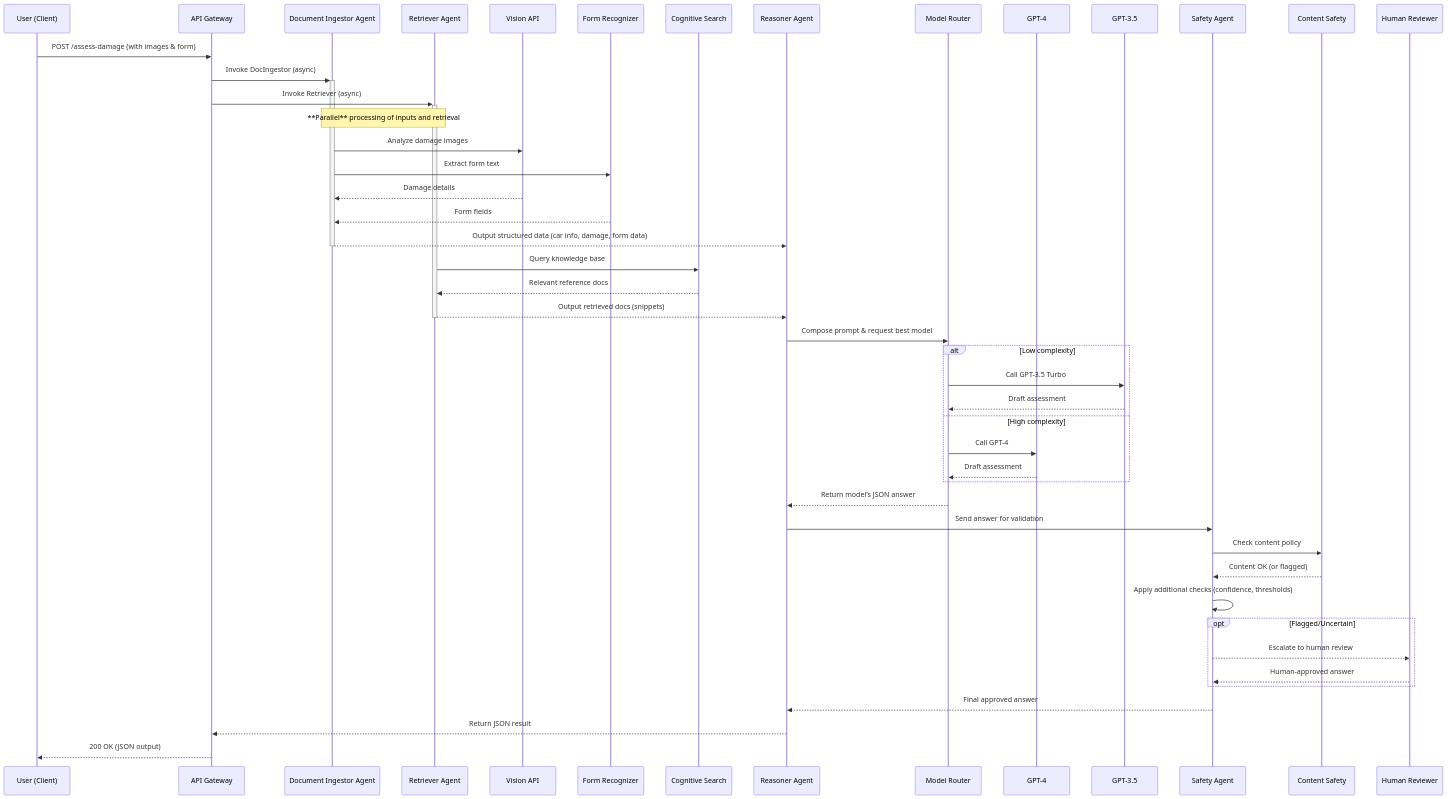
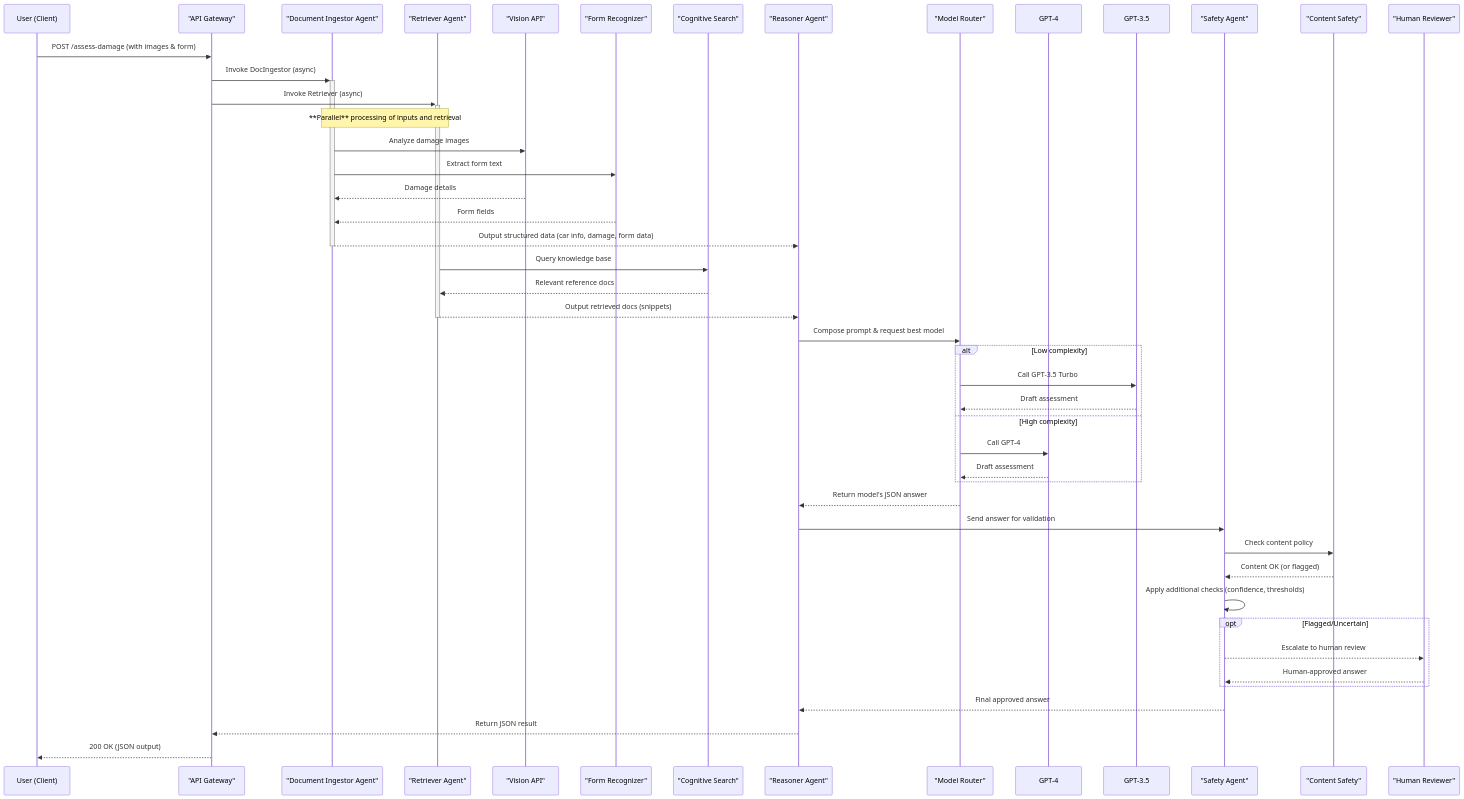
The tenth of 20 diagrams in options.md (karthik1609/car_insurance_claims_ai_agent), drawn with Mermaid before and after one commit. The commit also changed other lines of this file, not shown here.

````diff
--- a/options.md
+++ b/options.md
@@ -513,50 +513,50 @@
 ```mermaid
 sequenceDiagram
     participant User as User (Client)
-    participant APIM as API Gateway
-    participant DocAg as Document Ingestor Agent
-    participant RetrAg as Retriever Agent
-    participant Vis as Vision API
-    participant OCR as Form Recognizer
-    participant Search as Cognitive Search
-    participant Reasoner as Reasoner Agent
-    participant Router as Model Router
+    participant APIM as "API Gateway"
+    participant DocAg as "Document Ingestor Agent"
+    participant RetrAg as "Retriever Agent"
+    participant Vis as "Vision API"
+    participant OCR as "Form Recognizer"
+    participant Search as "Cognitive Search"
+    participant Reasoner as "Reasoner Agent"
+    participant Router as "Model Router"
     participant G4 as GPT-4
     participant G35 as GPT-3.5
-    participant SafetyAg as Safety Agent
-    participant CS as Content Safety
-    participant Human as Human Reviewer
+    participant SafetyAg as "Safety Agent"
+    participant CS as "Content Safety"
+    participant Human as "Human Reviewer"
 
     User->>APIM: POST /assess-damage (with images & form)
     APIM->>+DocAg: Invoke DocIngestor (async)
     APIM->>+RetrAg: Invoke Retriever (async)
     Note over DocAg,RetrAg: **Parallel** processing of inputs and retrieval
     DocAg->>Vis: Analyze damage images
     DocAg->>OCR: Extract form text
     Vis-->>DocAg: Damage details
     OCR-->>DocAg: Form fields
     DocAg-->>-Reasoner: Output structured data (car info, damage, form data)
     RetrAg->>Search: Query knowledge base
     Search-->>RetrAg: Relevant reference docs
     RetrAg-->>-Reasoner: Output retrieved docs (snippets)
     Reasoner->>Router: Compose prompt & request best model
     alt Low complexity
         Router->>G35: Call GPT-3.5 Turbo
         G35-->>Router: Draft assessment
     else High complexity
         Router->>G4: Call GPT-4
         G4-->>Router: Draft assessment
     end
     Router-->>Reasoner: Return model's JSON answer
     Reasoner->>SafetyAg: Send answer for validation
     SafetyAg->>CS: Check content policy
     CS-->>SafetyAg: Content OK (or flagged)
     SafetyAg->>SafetyAg: Apply additional checks (confidence, thresholds)
     opt Flagged/Uncertain
         SafetyAg-->>Human: Escalate to human review
         Human-->>SafetyAg: Human-approved answer
     end
     SafetyAg-->>Reasoner: Final approved answer
     Reasoner-->>APIM: Return JSON result
     APIM-->>User: 200 OK (JSON output)
 ```
````
